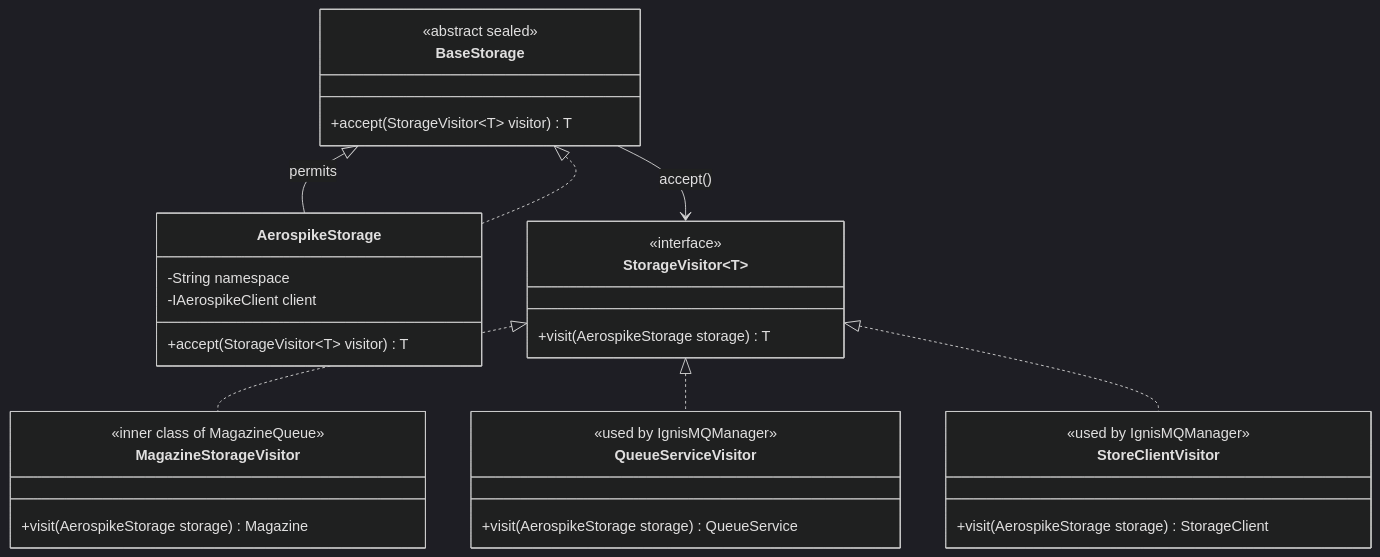
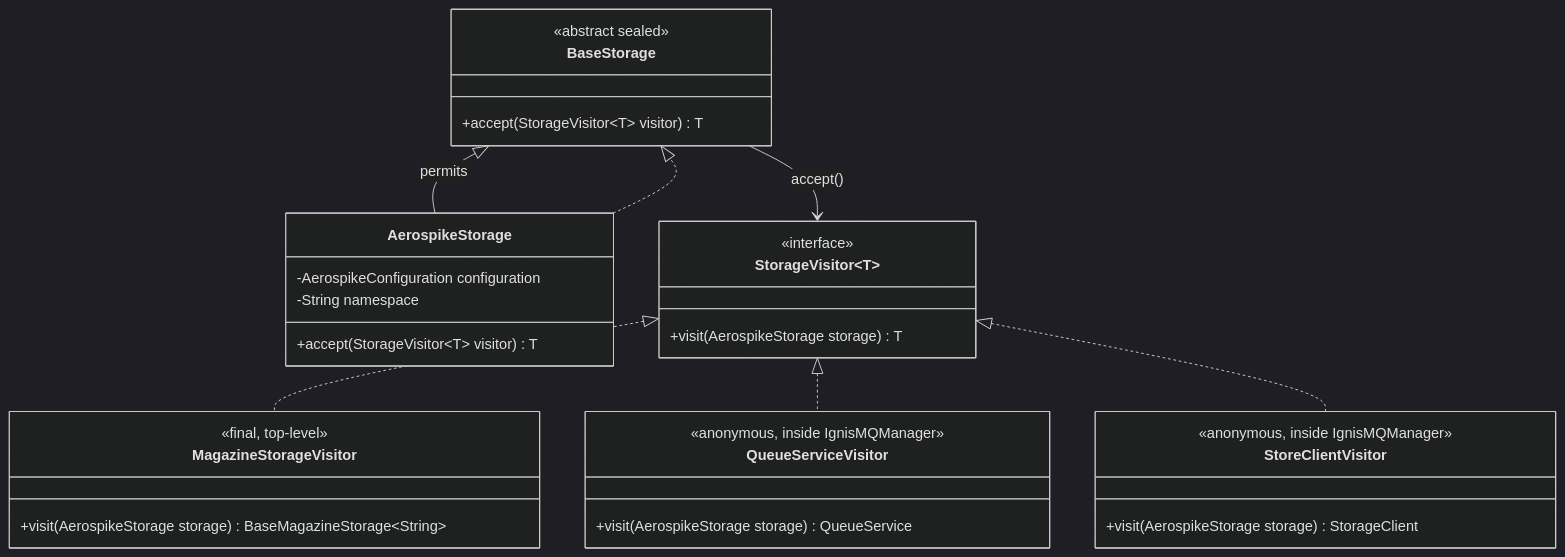
Before and after one commit to PhonePe/IgnisMQ: the eighth of 10 diagrams in docs/docs/architecture.md, drawn with Mermaid (dark theme). The commit also changed other lines of this file and 39 other files, not shown here.

````diff
--- a/docs/docs/architecture.md
+++ b/docs/docs/architecture.md
@@ -406,40 +440,40 @@
 ```mermaid
 classDiagram
     class BaseStorage {
         <<abstract sealed>>
         +accept(StorageVisitor~T~ visitor) T
     }
 
     class AerospikeStorage {
+        -AerospikeConfiguration configuration
         -String namespace
-        -IAerospikeClient client
         +accept(StorageVisitor~T~ visitor) T
     }
 
     class StorageVisitor~T~ {
         <<interface>>
         +visit(AerospikeStorage storage) T
     }
 
     class MagazineStorageVisitor {
-        <<inner class of MagazineQueue>>
-        +visit(AerospikeStorage storage) Magazine
+        <<final, top-level>>
+        +visit(AerospikeStorage storage) BaseMagazineStorage~String~
     }
 
     class QueueServiceVisitor {
-        <<used by IgnisMQManager>>
+        <<anonymous, inside IgnisMQManager>>
         +visit(AerospikeStorage storage) QueueService
     }
 
     class StoreClientVisitor {
-        <<used by IgnisMQManager>>
+        <<anonymous, inside IgnisMQManager>>
         +visit(AerospikeStorage storage) StorageClient
     }
 
     BaseStorage <|-- AerospikeStorage : permits
     StorageVisitor <|.. MagazineStorageVisitor
     StorageVisitor <|.. QueueServiceVisitor
     StorageVisitor <|.. StoreClientVisitor
     BaseStorage --> StorageVisitor : accept()
     AerospikeStorage ..|> BaseStorage
 ```
````
